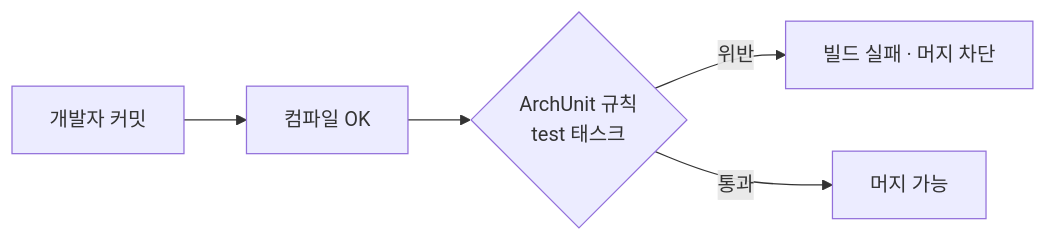
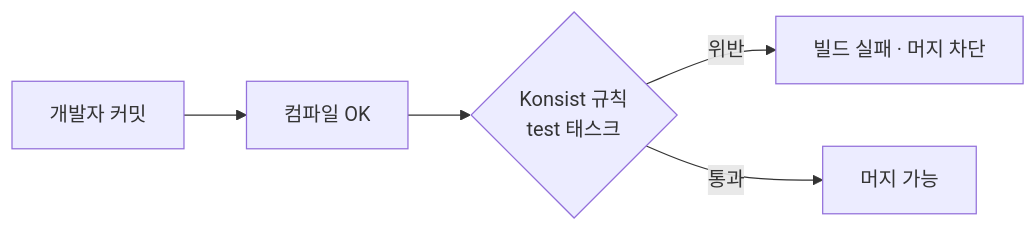
Before and after one commit to newkayak12/prototype-reservation-system: the first of 3 diagrams in docs/v2/rfc/RFC-031-architecture-fitness-functions-archunit.md, drawn with Mermaid. The commit also changed other lines of this file and 27 other files, not shown here.

````diff
--- a/docs/v2/rfc/RFC-031-architecture-fitness-functions-archunit.md
+++ b/docs/v2/rfc/RFC-031-architecture-fitness-functions-archunit.md
@@ -25,7 +25,7 @@
 ```mermaid
 graph LR
     dev[개발자 커밋] --> compile[컴파일 OK]
-    compile --> archtest{ArchUnit 규칙<br/>test 태스크}
+    compile --> archtest{Konsist 규칙<br/>test 태스크}
     archtest -->|위반| fail[빌드 실패 · 머지 차단]
     archtest -->|통과| pass[머지 가능]
 ```
````
